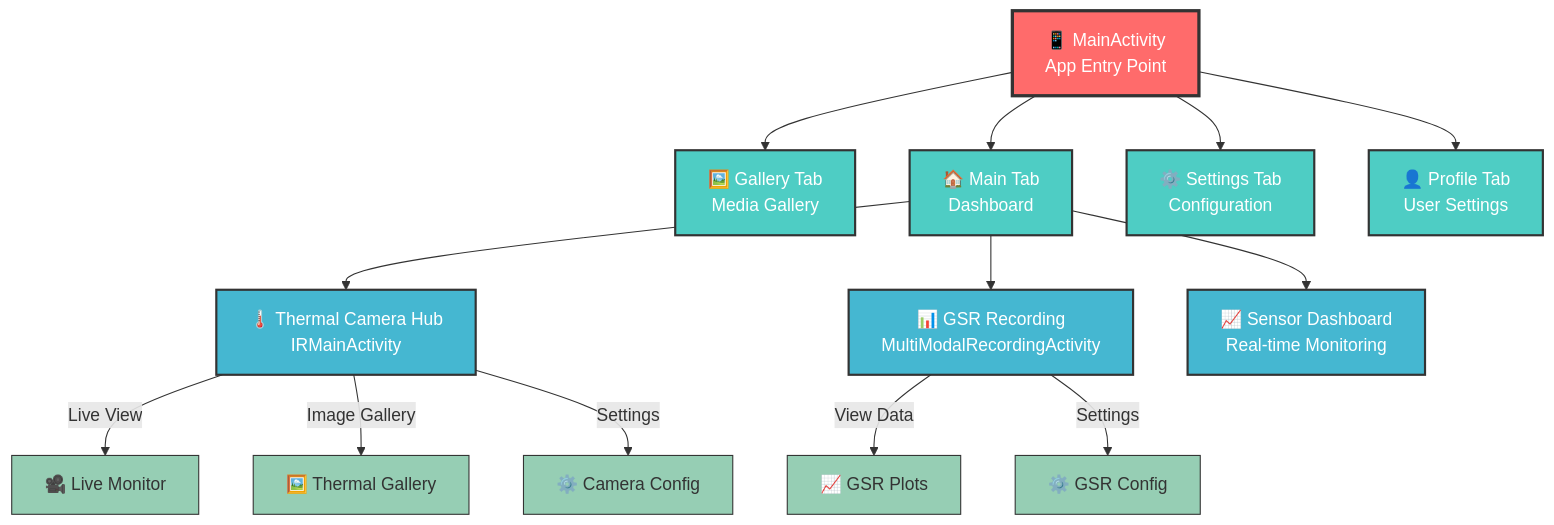
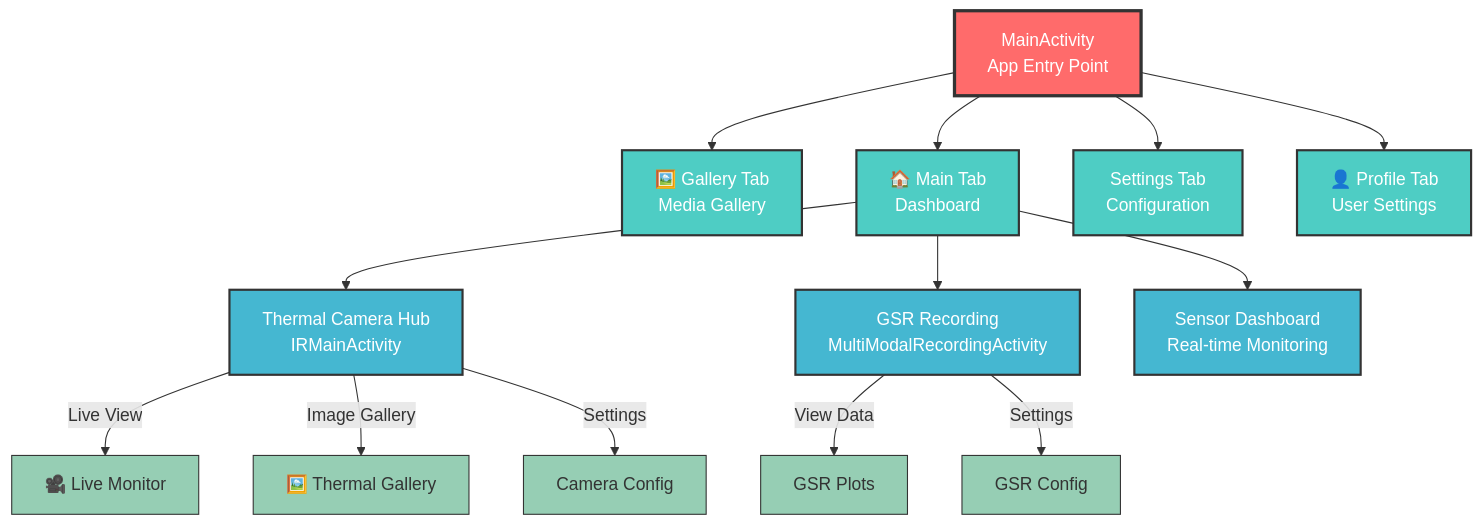
One commit to uclgsr/IRCamera changed the second of 3 diagrams in docs/APP_NAVIGATION_DIAGRAM.md. Above: the diagram before and after it, drawn with Mermaid. The commit also changed other lines of this file and 76 other files, not shown here.

````diff
--- a/docs/APP_NAVIGATION_DIAGRAM.md
+++ b/docs/APP_NAVIGATION_DIAGRAM.md
@@ -62,44 +62,44 @@
 ```mermaid
 graph TD
     %% Main App Structure
-    MainActivity[📱 MainActivity<br/>App Entry Point]
+    MainActivity[ MainActivity<br/>App Entry Point]
     
     %% Main Tabs
     GalleryTab[🖼️ Gallery Tab<br/>Media Gallery]
     MainTab[🏠 Main Tab<br/>Dashboard]
-    SettingsTab[⚙️ Settings Tab<br/>Configuration]
+    SettingsTab[ Settings Tab<br/>Configuration]
     MineTab[👤 Profile Tab<br/>User Settings]
     
     %% Key Features
-    ThermalHub[🌡️ Thermal Camera Hub<br/>IRMainActivity]
-    GSRRecording[📊 GSR Recording<br/>MultiModalRecordingActivity]
-    SensorDashboard[📈 Sensor Dashboard<br/>Real-time Monitoring]
+    ThermalHub[ Thermal Camera Hub<br/>IRMainActivity]
+    GSRRecording[ GSR Recording<br/>MultiModalRecordingActivity]
+    SensorDashboard[ Sensor Dashboard<br/>Real-time Monitoring]
     
     %% Navigation Flow
     MainActivity --> GalleryTab
     MainActivity --> MainTab
     MainActivity --> SettingsTab  
     MainActivity --> MineTab
     
     MainTab --> ThermalHub
     MainTab --> GSRRecording
     MainTab --> SensorDashboard
     
     ThermalHub --> |Live View| IRMonitorActivity[🎥 Live Monitor]
     ThermalHub --> |Image Gallery| GalleryActivity[🖼️ Thermal Gallery]
-    ThermalHub --> |Settings| IRConfigActivity[⚙️ Camera Config]
+    ThermalHub --> |Settings| IRConfigActivity[ Camera Config]
     
-    GSRRecording --> |View Data| GSRPlotActivity[📈 GSR Plots]
-    GSRRecording --> |Settings| GSRSettingsActivity[⚙️ GSR Config]
+    GSRRecording --> |View Data| GSRPlotActivity[ GSR Plots]
+    GSRRecording --> |Settings| GSRSettingsActivity[ GSR Config]
     
     %% Styling
     classDef mainEntry fill:#ff6b6b,stroke:#333,stroke-width:3px,color:#fff
     classDef tabItem fill:#4ecdc4,stroke:#333,stroke-width:2px,color:#fff
     classDef featureItem fill:#45b7d1,stroke:#333,stroke-width:2px,color:#fff
     classDef activityItem fill:#96ceb4,stroke:#333,stroke-width:1px,color:#333
     
     class MainActivity mainEntry
     class GalleryTab,MainTab,SettingsTab,MineTab tabItem
     class ThermalHub,GSRRecording,SensorDashboard featureItem
     class IRMonitorActivity,GalleryActivity,IRConfigActivity,GSRPlotActivity,GSRSettingsActivity activityItem
 ```
````
